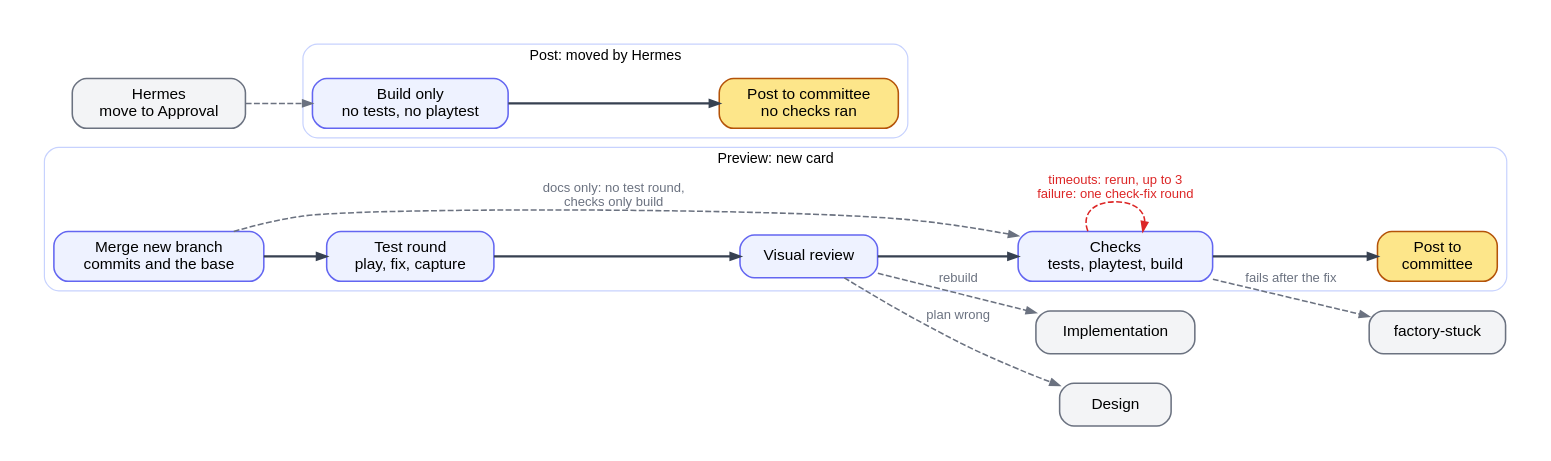
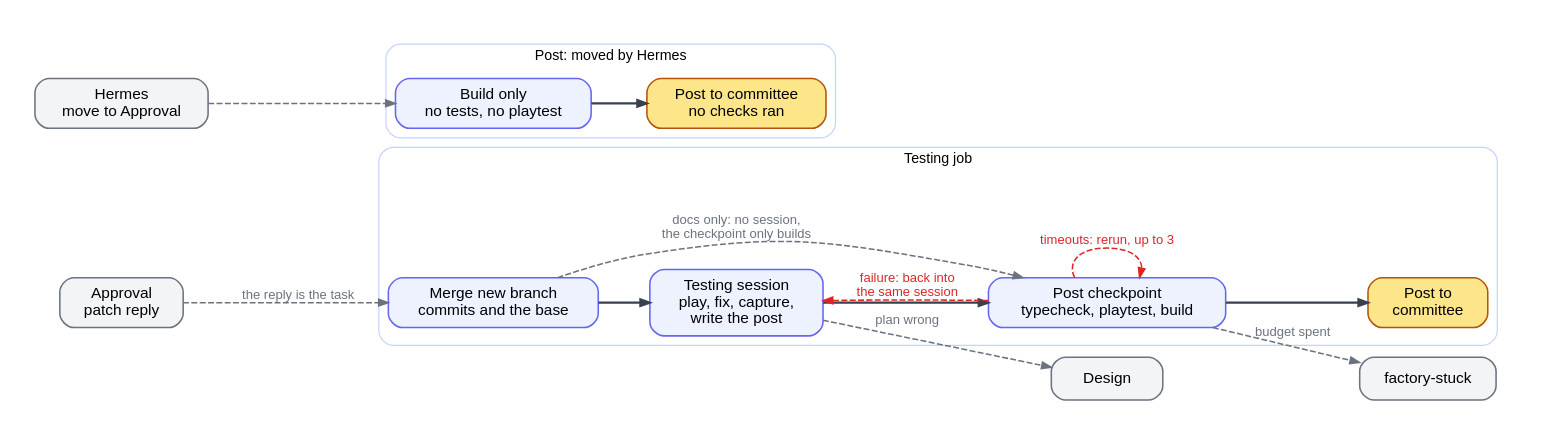
Before and after one commit to btseytlin/road-machiners: the diagram in factory/docs/diagrams/testing.dot, drawn with Graphviz. The commit also changed 17 other files, not shown here.

Commit message:
Docs and diagrams: one session per stage, four checkpoints, the merge queue and the one automatic resume

```diff
--- a/factory/docs/diagrams/testing.dot
+++ b/factory/docs/diagrams/testing.dot
@@ -1,29 +1,31 @@
-// Testing column. Preview before the committee plays. Post runs only when Hermes moves a card to Approval. Red: loops back. Grey: leaves Testing or enters from outside.
+// Testing column. One testing session gets a card ready for the committee, and the post checkpoint gates the post. Post-only runs when Hermes moves a card to Approval.
+// Red: loops back. Grey: leaves Testing or enters from outside.
 digraph testing {
   rankdir=LR; nodesep=0.35; ranksep=0.55; bgcolor=white; pad=0.3;
   node [shape=box, style="rounded,filled", fillcolor="#eef2ff", color="#6366f1", fontname="Helvetica", fontsize=13, margin="0.2,0.1", penwidth=1.3, width=1.3];
   edge [color="#374151", penwidth=1.8, arrowsize=0.8, fontname="Helvetica", fontsize=11];
-  subgraph cluster_preview {
-    label="Preview: new card"; fontname="Helvetica"; fontsize=12; color="#c7d2fe"; style=rounded;
-    PM [label="Merge new branch\ncommits and the base"]; PT [label="Test round\nplay, fix, capture"]; PV [label="Visual review"];
-    PC [label="Checks\ntests, playtest, build"]; PP [label="Post to\ncommittee", fillcolor="#fde68a", color="#b45309"];
-    PM -> PT -> PV -> PC -> PP [weight=100];
+  subgraph cluster_session {
+    label="Testing job"; fontname="Helvetica"; fontsize=12; color="#c7d2fe"; style=rounded;
+    PM [label="Merge new branch\ncommits and the base"]; PT [label="Testing session\nplay, fix, capture,\nwrite the post"];
+    PC [label="Post checkpoint\ntypecheck, playtest, build"]; PP [label="Post to\ncommittee", fillcolor="#fde68a", color="#b45309"];
+    PM -> PT -> PC -> PP [weight=100];
   }
   subgraph cluster_post {
     label="Post: moved by Hermes"; fontname="Helvetica"; fontsize=12; color="#c7d2fe"; style=rounded;
     QB [label="Build only\nno tests, no playtest"]; QP [label="Post to committee\nno checks ran", fillcolor="#fde68a", color="#b45309"];
     QB -> QP [weight=100];
   }
   XH [label="Hermes\nmove to Approval", fillcolor="#f3f4f6", color="#6b7280"];
-  XI [label="Implementation", fillcolor="#f3f4f6", color="#6b7280"];
+  XA [label="Approval\npatch reply", fillcolor="#f3f4f6", color="#6b7280"];
   XD [label="Design", fillcolor="#f3f4f6", color="#6b7280"];
   XS [label="factory-stuck", fillcolor="#f3f4f6", color="#6b7280"];
   edge [color="#dc2626", fontcolor="#dc2626", style=dashed, penwidth=1.3];
-  PC -> PC [label="timeouts: rerun, up to 3\nfailure: one check-fix round"];
+  PC -> PT [label="failure: back into\nthe same session"];
+  PC -> PC [label="timeouts: rerun, up to 3"];
   edge [color="#6b7280", fontcolor="#6b7280"];
-  PM -> PC [label="docs only: no test round,\nchecks only build"];
+  PM -> PC [label="docs only: no session,\nthe checkpoint only builds"];
   XH -> QB;
-  PV -> XI [label="rebuild"];
-  PV -> XD [label="plan wrong"];
-  PC -> XS [label="fails after the fix"];
+  XA -> PM [label="the reply is the task"];
+  PT -> XD [label="plan wrong"];
+  PC -> XS [label="budget spent"];
 }
```
